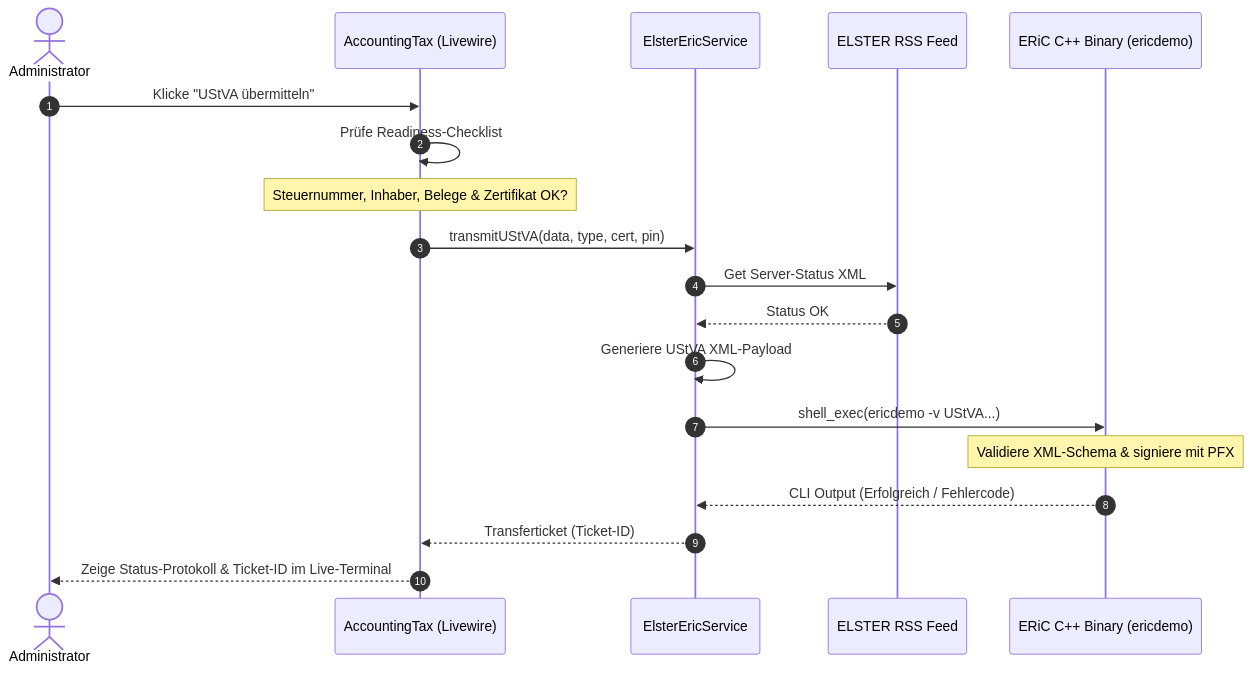
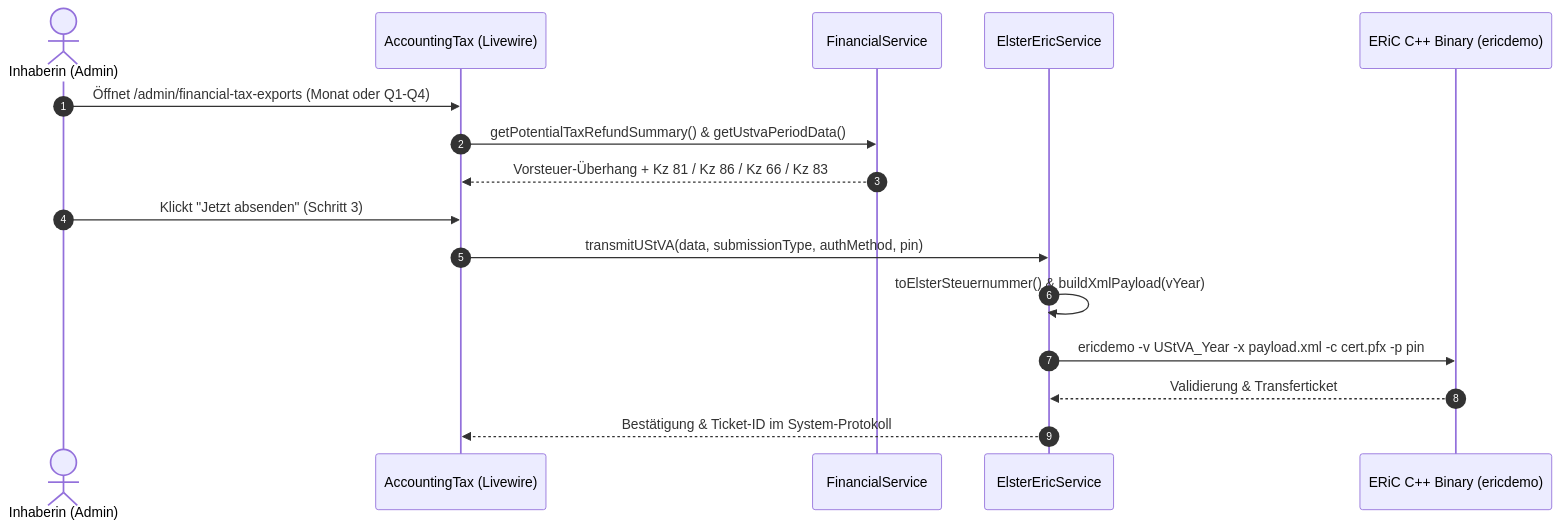
One commit to Galaxina93/seelenfunke changed the diagram in Abschlussberichte/Buchhaltung/Buchhaltung_Steuern.md. Above: the diagram before and after it, drawn with Mermaid. The commit also changed other lines of this file and 173 other files, not shown here.

Commit message:
feat(shop,laser,orders): Admin-Konfigurator Blueprint-Timeline, Rueckseiten-Spiegelung, Seelenanhaenger-Randkalibrierung & Lokal-First-Regeln

````diff
--- a/Abschlussberichte/Buchhaltung/Buchhaltung_Steuern.md
+++ b/Abschlussberichte/Buchhaltung/Buchhaltung_Steuern.md
@@ -53,22 +39,19 @@
 ```mermaid
 sequenceDiagram
     autonumber
-    actor Admin as Administrator
+    actor Admin as Inhaberin (Admin)
     participant UI as AccountingTax (Livewire)
-    participant Service as ElsterEricService
-    participant RSS as ELSTER RSS Feed
+    participant Fin as FinancialService
+    participant Eric as ElsterEricService
     participant CLI as ERiC C++ Binary (ericdemo)
 
-    Admin->>UI: Klicke "UStVA übermitteln"
-    UI->>UI: Prüfe Readiness-Checklist
-    Note over UI: Steuernummer, Inhaber, Belege & Zertifikat OK?
-    UI->>Service: transmitUStVA(data, type, cert, pin)
-    Service->>RSS: Get Server-Status XML
-    RSS-->>Service: Status OK
-    Service->>Service: Generiere UStVA XML-Payload
-    Service->>CLI: shell_exec(ericdemo -v UStVA...)
-    Note over CLI: Validiere XML-Schema & signiere mit PFX
-    CLI-->>Service: CLI Output (Erfolgreich / Fehlercode)
-    Service-->>UI: Transferticket (Ticket-ID)
-    UI-->>Admin: Zeige Status-Protokoll & Ticket-ID im Live-Terminal
+    Admin->>UI: Öffnet /admin/financial-tax-exports (Monat oder Q1-Q4)
+    UI->>Fin: getPotentialTaxRefundSummary() & getUstvaPeriodData()
+    Fin-->>UI: Vorsteuer-Überhang + Kz 81 / Kz 86 / Kz 66 / Kz 83
+    Admin->>UI: Klickt "Jetzt absenden" (Schritt 3)
+    UI->>Eric: transmitUStVA(data, submissionType, authMethod, pin)
+    Eric->>Eric: toElsterSteuernummer() & buildXmlPayload(vYear)
+    Eric->>CLI: ericdemo -v UStVA_Year -x payload.xml -c cert.pfx -p pin
+    CLI-->>Eric: Validierung & Transferticket
+    Eric-->>UI: Bestätigung & Ticket-ID im System-Protokoll
 ```
````
